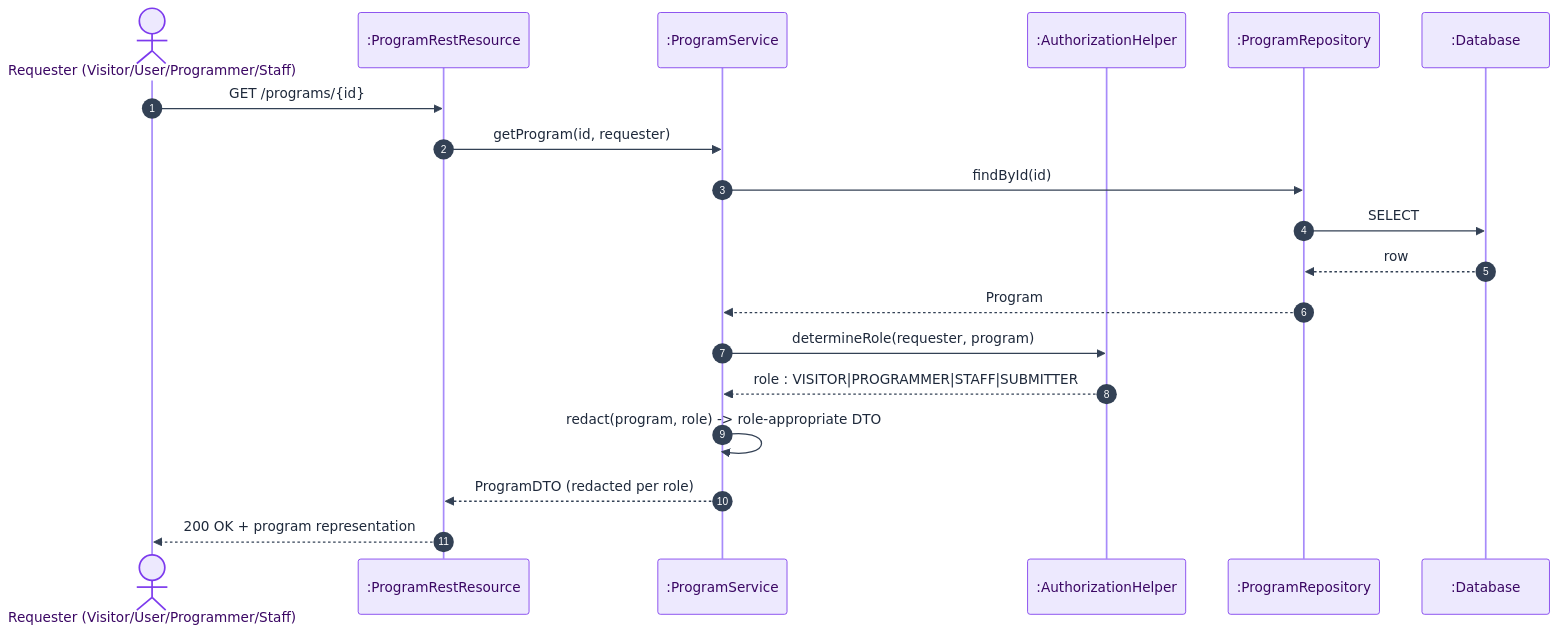
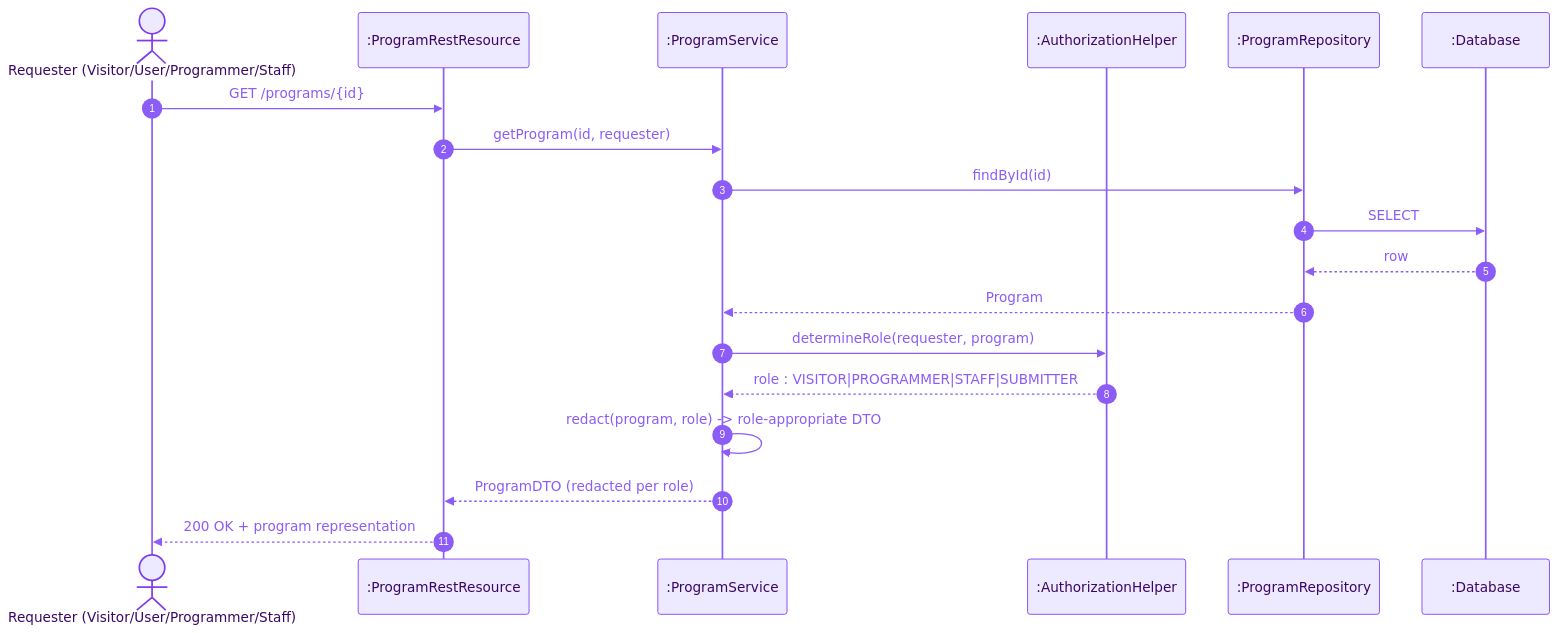
Before and after one commit to Volanakis/SoftwareEngineering101: the diagram in diagrams/14-sequence-program-view.md, drawn with Mermaid. The commit also changed 15 other files, not shown here.

Commit message:
Update diagram themes to include background color and enhance visual consistency

````diff
--- a/diagrams/14-sequence-program-view.md
+++ b/diagrams/14-sequence-program-view.md
@@ -5,23 +5,23 @@
 ```mermaid
-%%{init: {'theme':'base', 'themeVariables': {'fontFamily':'Segoe UI, sans-serif', 'actorBkg':'#ede9fe', 'actorBorder':'#7c3aed', 'actorTextColor':'#3b0764', 'actorLineColor':'#a78bfa', 'signalColor':'#334155', 'signalTextColor':'#1e293b', 'labelBoxBkgColor':'#dbeafe', 'labelBoxBorderColor':'#2563eb', 'labelTextColor':'#1e3a8a', 'loopTextColor':'#1e3a8a', 'noteBkgColor':'#fef9c3', 'noteBorderColor':'#ca8a04', 'noteTextColor':'#713f12', 'activationBorderColor':'#7c3aed', 'activationBkgColor':'#ede9fe', 'sequenceNumberColor':'#ffffff'}}}%%
+%%{init: {'theme':'base', 'themeVariables': {'fontFamily':'Segoe UI, sans-serif', 'background':'#ffffff', 'actorBkg':'#ede9fe', 'actorBorder':'#7c3aed', 'actorTextColor':'#3b0764', 'actorLineColor':'#8b5cf6', 'signalColor':'#8b5cf6', 'signalTextColor':'#8b5cf6', 'labelBoxBkgColor':'#dbeafe', 'labelBoxBorderColor':'#2563eb', 'labelTextColor':'#8b5cf6', 'loopTextColor':'#8b5cf6', 'noteBkgColor':'#fef9c3', 'noteBorderColor':'#ca8a04', 'noteTextColor':'#713f12', 'activationBorderColor':'#7c3aed', 'activationBkgColor':'#ede9fe', 'sequenceNumberColor':'#ffffff'}}}%%
 sequenceDiagram
     autonumber
     actor Requester as Requester (Visitor/User/Programmer/Staff)
     participant Res as :ProgramRestResource
     participant Svc as :ProgramService
     participant Auth as :AuthorizationHelper
     participant Repo as :ProgramRepository
     participant DB as :Database
 
     Requester->>Res: GET /programs/{id}
     Res->>Svc: getProgram(id, requester)
     Svc->>Repo: findById(id)
     Repo->>DB: SELECT
     DB-->>Repo: row
     Repo-->>Svc: Program
     Svc->>Auth: determineRole(requester, program)
     Auth-->>Svc: role : VISITOR|PROGRAMMER|STAFF|SUBMITTER
     Svc->>Svc: redact(program, role) -> role-appropriate DTO
     Svc-->>Res: ProgramDTO (redacted per role)
     Res-->>Requester: 200 OK + program representation
 ```
````
